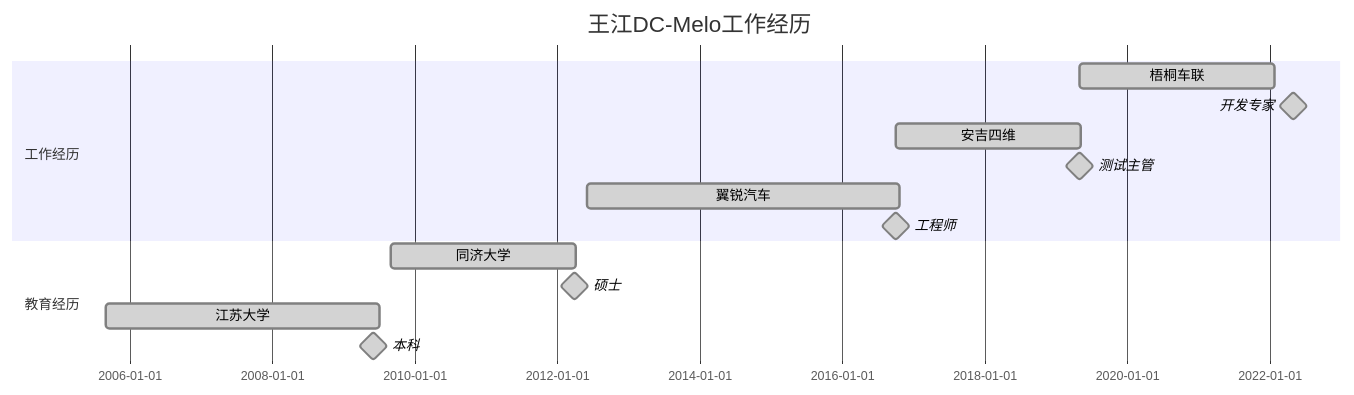
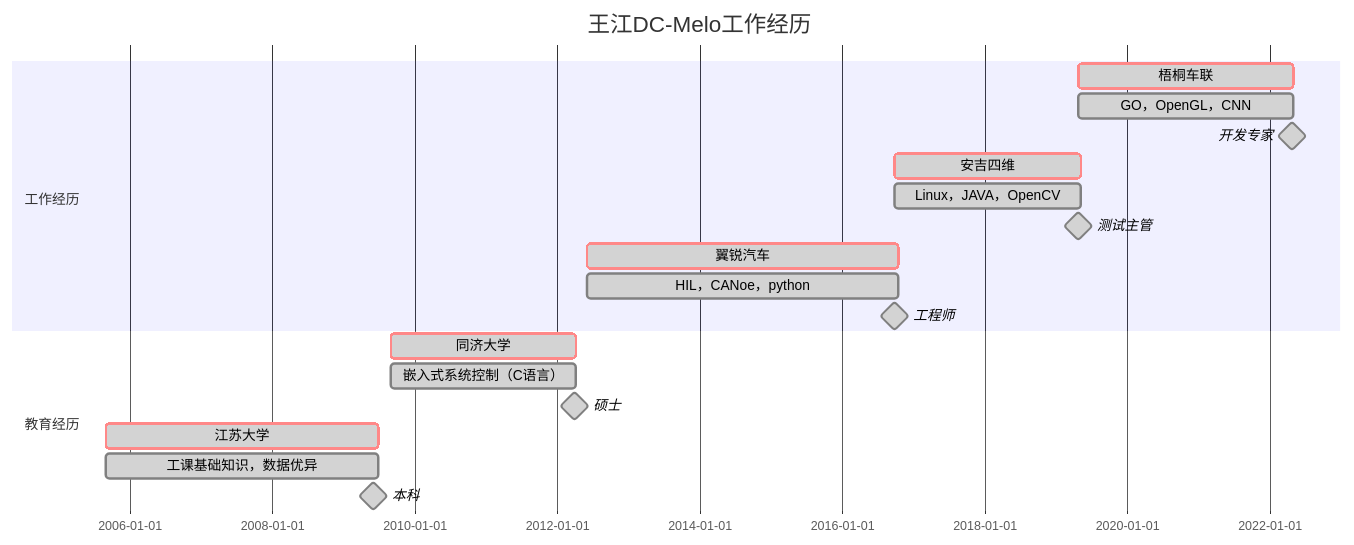
Before and after one commit to DC-Melo/README: the diagram in README.md, drawn with Mermaid.

````diff
--- a/README.md
+++ b/README.md
@@ -29,19 +29,24 @@
 ```mermaid
 gantt
     title 王江DC-Melo工作经历
     dateFormat  YYYY-MM
 
     section 工作经历
-    梧桐车联 : done , weekplan  , 2019-05 , 1000d
-    开发专家 : done , milestone , name    , 2022-05 , 0d
-    安吉四维 : done , weekplan  , 2016-10 , 950d
-    测试主管 : done , milestone , name    , 2019-05 , 0d
-    翼锐汽车 : done , weekplan  , 2012-06 , 1600d
-    工程师   : done , milestone , name    , 2016-10 , 0d
+    梧桐车联                : crit , done      , weekplan , 2019-05 , 1100d
+    GO，OpenGL，CNN         : done , weekplan  , 2019-05  , 1100d
+    开发专家                : done , milestone , name     , 2022-05 , 0d
+    安吉四维                : crit , done      , weekplan , 2016-10 , 950d
+    Linux，JAVA，OpenCV     : done , weekplan  , 2016-10  , 950d
+    测试主管                : done , milestone , name     , 2019-05 , 0d
+    翼锐汽车                : crit , done      , weekplan , 2012-06 , 1600d
+    HIL，CANoe，python      : done , weekplan  , 2012-06  , 1600d
+    工程师                  : done , milestone , name     , 2016-10 , 0d
 
     section 教育经历
-    同济大学 : done , weekplan  , 2009-09 , 950d
-    硕士     : done , milestone , name    , 2012-04 , 0d
-    江苏大学 : done , weekplan  , 2005-09 , 1400d
-    本科     : done , milestone , name    , 2009-06 , 0d
+    同济大学                : crit , done      , weekplan , 2009-09 , 950d
+    嵌入式系统控制（C语言） : done , weekplan  , 2009-09  , 950d
+    硕士                    : done , milestone , name     , 2012-04 , 0d
+    江苏大学                : crit , done      , weekplan , 2005-09 , 1400d
+    工课基础知识，数据优异  : done , weekplan  , 2005-09  , 1400d
+    本科                    : done , milestone , name     , 2009-06 , 0d
 ```
````
